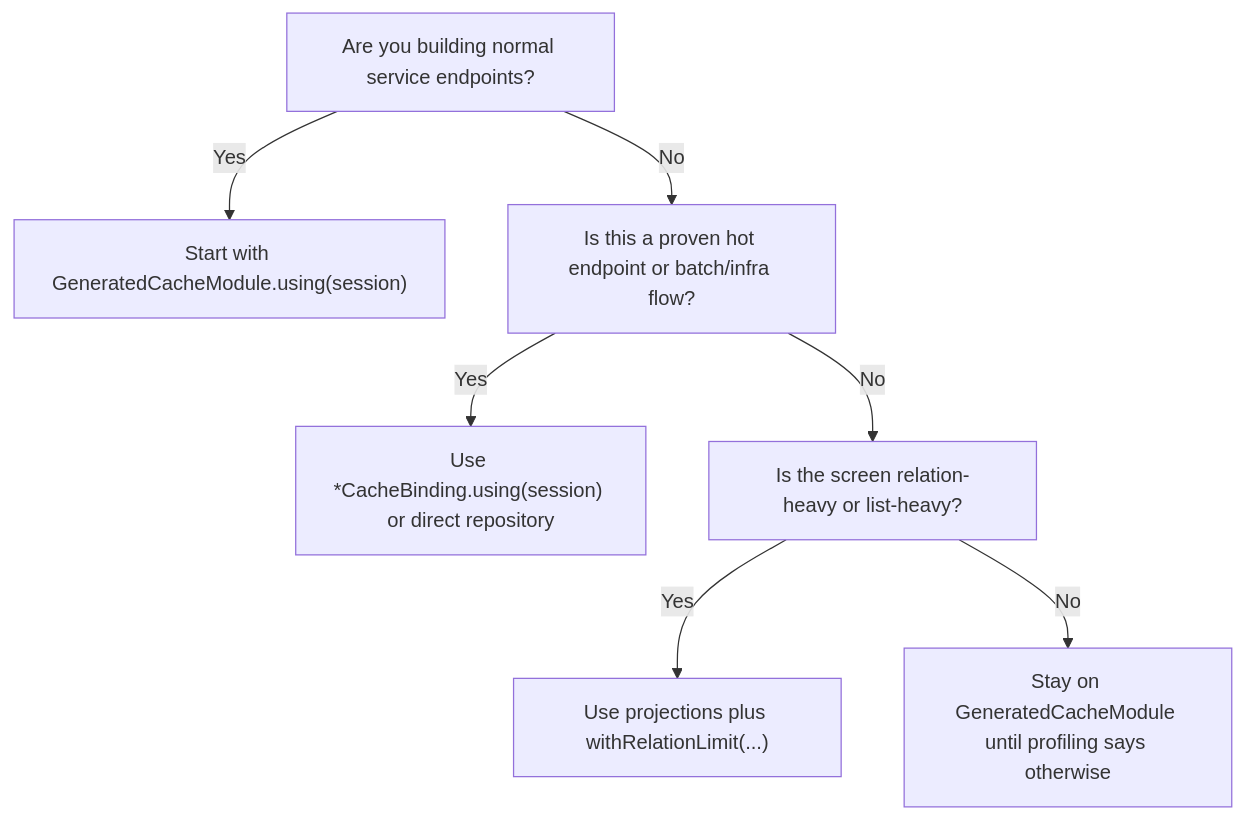
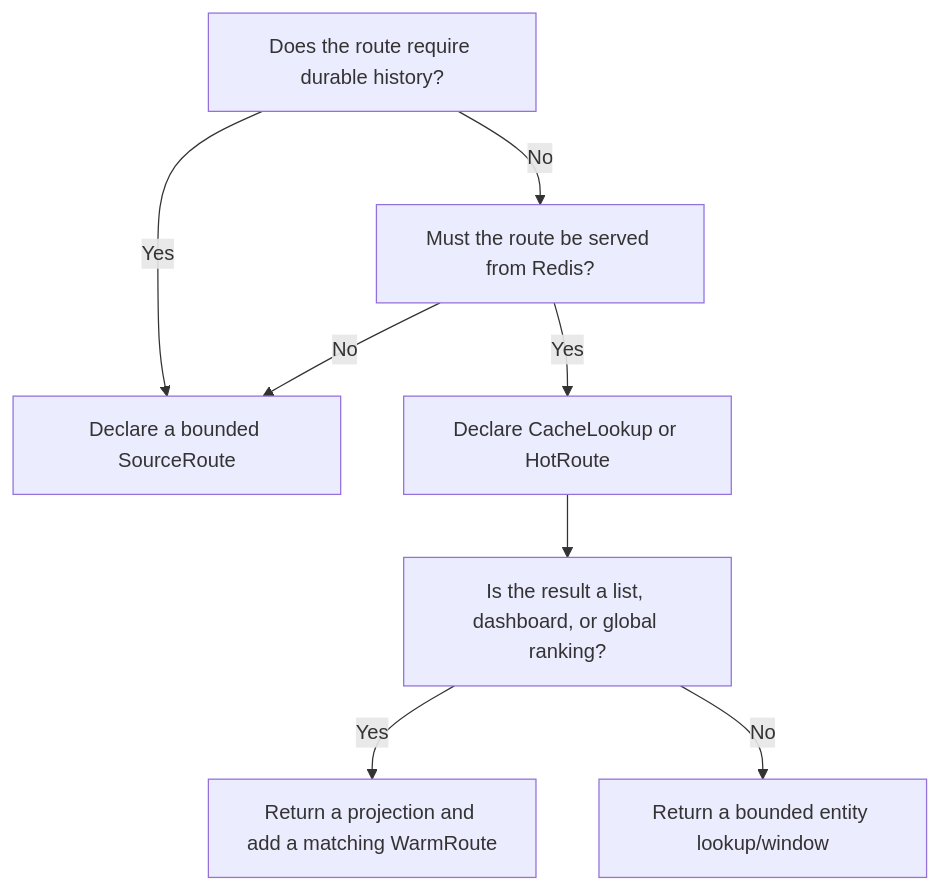
Before and after one commit to esasmer-dou/cache-database: the diagram in docs/production-recipes.md, drawn with Mermaid. The commit also changed other lines of this file and 287 other files, not shown here.

````diff
--- a/docs/production-recipes.md
+++ b/docs/production-recipes.md
@@ -72,9 +73,10 @@
 ```mermaid
 flowchart TD
-    A["Are you building normal service endpoints?"] -->|Yes| B["Start with GeneratedCacheModule.using(session)"]
-    A -->|No| C["Is this a proven hot endpoint or batch/infra flow?"]
-    C -->|Yes| D["Use *CacheBinding.using(session) or direct repository"]
-    C -->|No| E["Is the screen relation-heavy or list-heavy?"]
-    E -->|Yes| F["Use projections plus withRelationLimit(...)"]
-    E -->|No| G["Stay on GeneratedCacheModule until profiling says otherwise"]
+    A["Does the route require durable history?"] -->|Yes| B["Declare a bounded SourceRoute"]
+    A -->|No| C["Must the route be served from Redis?"]
+    C -->|Yes| D["Declare CacheLookup or HotRoute"]
+    C -->|No| B
+    D --> E["Is the result a list, dashboard, or global ranking?"]
+    E -->|Yes| F["Return a projection and add a matching WarmRoute"]
+    E -->|No| G["Return a bounded entity lookup/window"]
 ```
````
